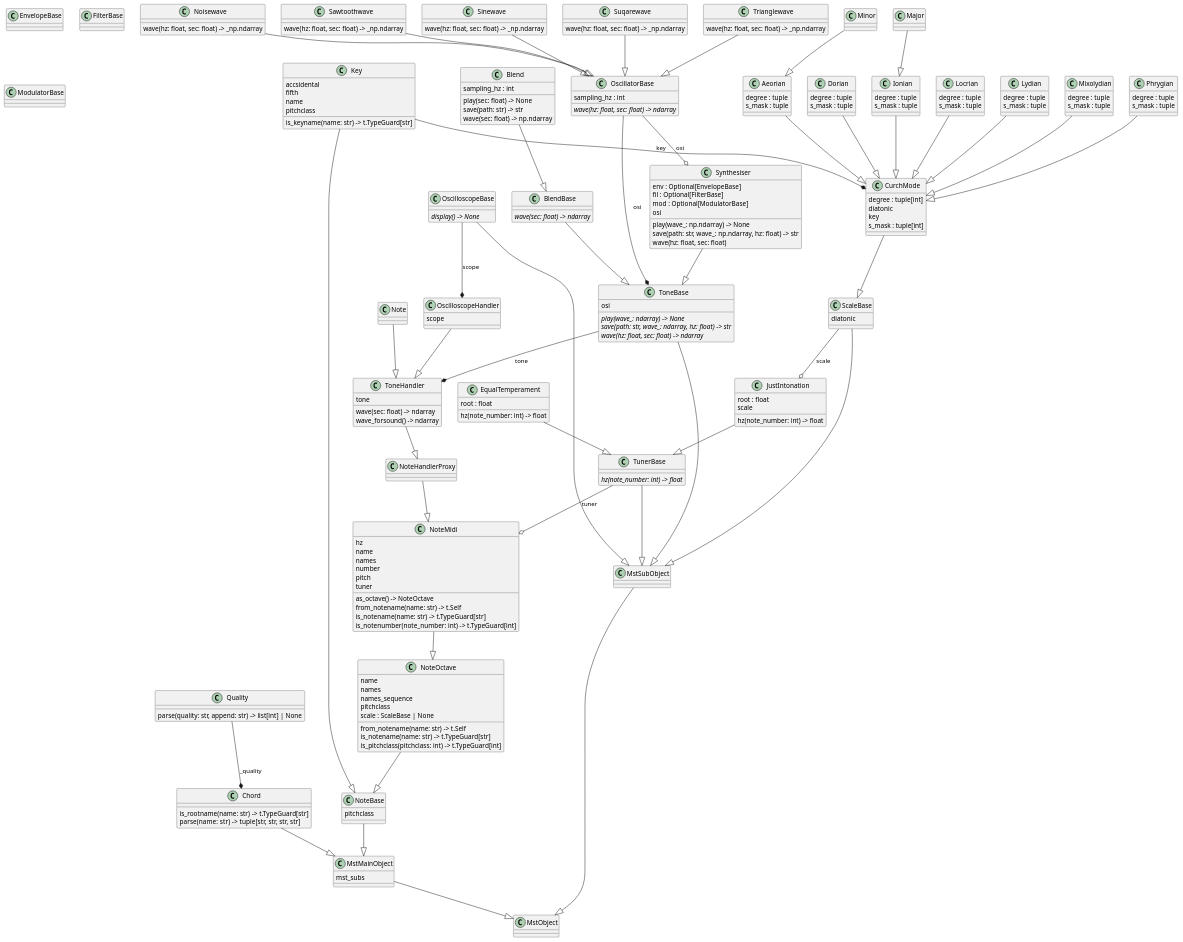
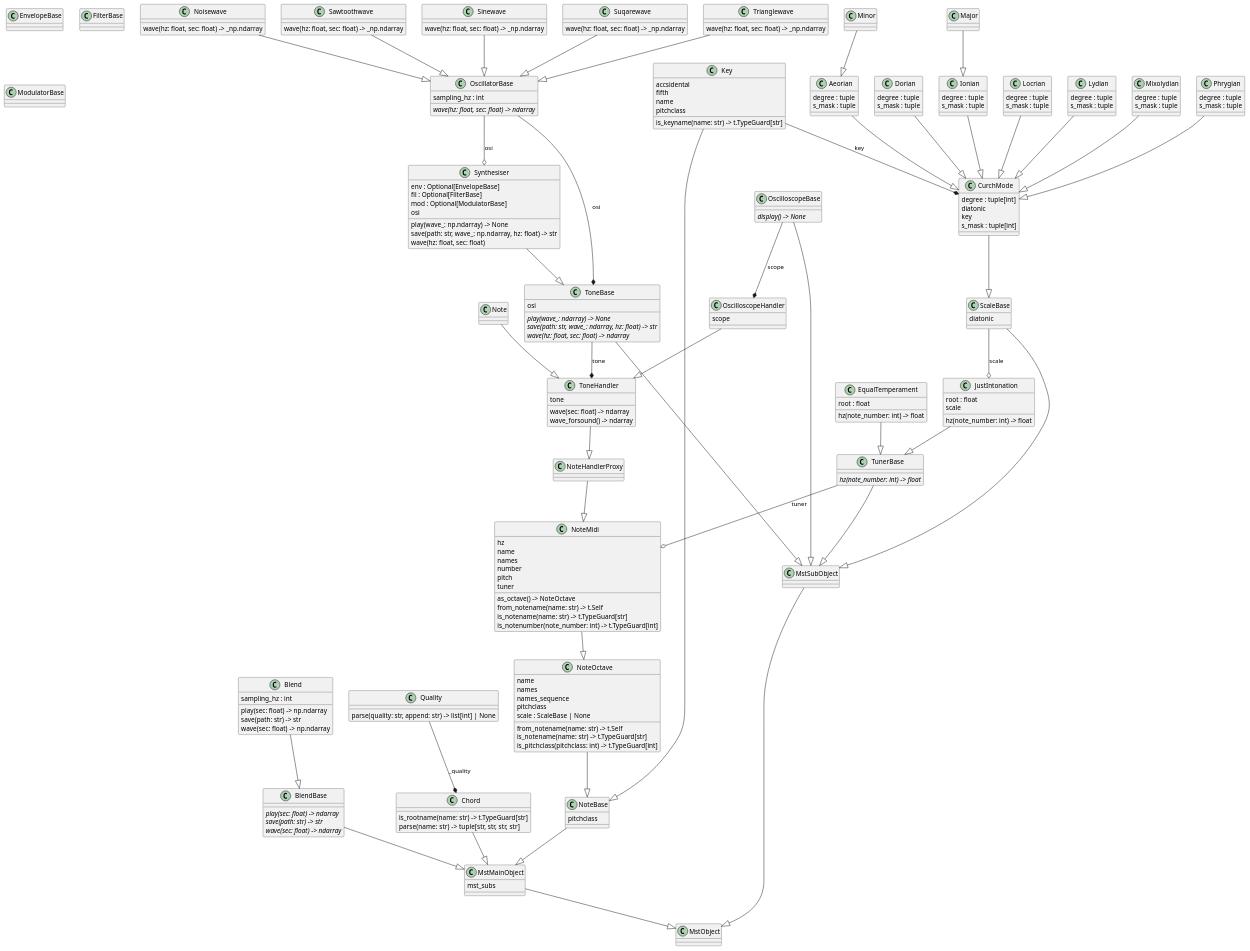
The diagram in .uml/classes_music-theory.puml (Oujox/music-theory), drawn with PlantUML before and after one commit. The commit also changed 4 other files, not shown here.

```diff
--- a/.uml/classes_music-theory.puml
+++ b/.uml/classes_music-theory.puml
@@ -6,11 +6,13 @@
 }
 class "Blend" as music_theory.blend.blend.Blend {
   sampling_hz : int
-  play(sec: float) -> None
+  play(sec: float) -> np.ndarray
   save(path: str) -> str
   wave(sec: float) -> np.ndarray
 }
 class "BlendBase" as music_theory.blend.abc.BlendBase {
+  {abstract}play(sec: float) -> ndarray
+  {abstract}save(path: str) -> str
   {abstract}wave(sec: float) -> ndarray
 }
 class "Chord" as music_theory.chord.chord.Chord {
@@ -163,7 +165,7 @@
 class "TunerBase" as music_theory.note.abc.TunerBase {
   {abstract}hz(note_number: int) -> float
 }
-music_theory.blend.abc.BlendBase --|> music_theory.tone.abc.ToneBase
+music_theory.blend.abc.BlendBase --|> music_theory.mstobject.MstMainObject
 music_theory.blend.blend.Blend --|> music_theory.blend.abc.BlendBase
 music_theory.chord.chord.Chord --|> music_theory.mstobject.MstMainObject
 music_theory.mstobject.MstMainObject --|> music_theory.mstobject.MstObject
```
